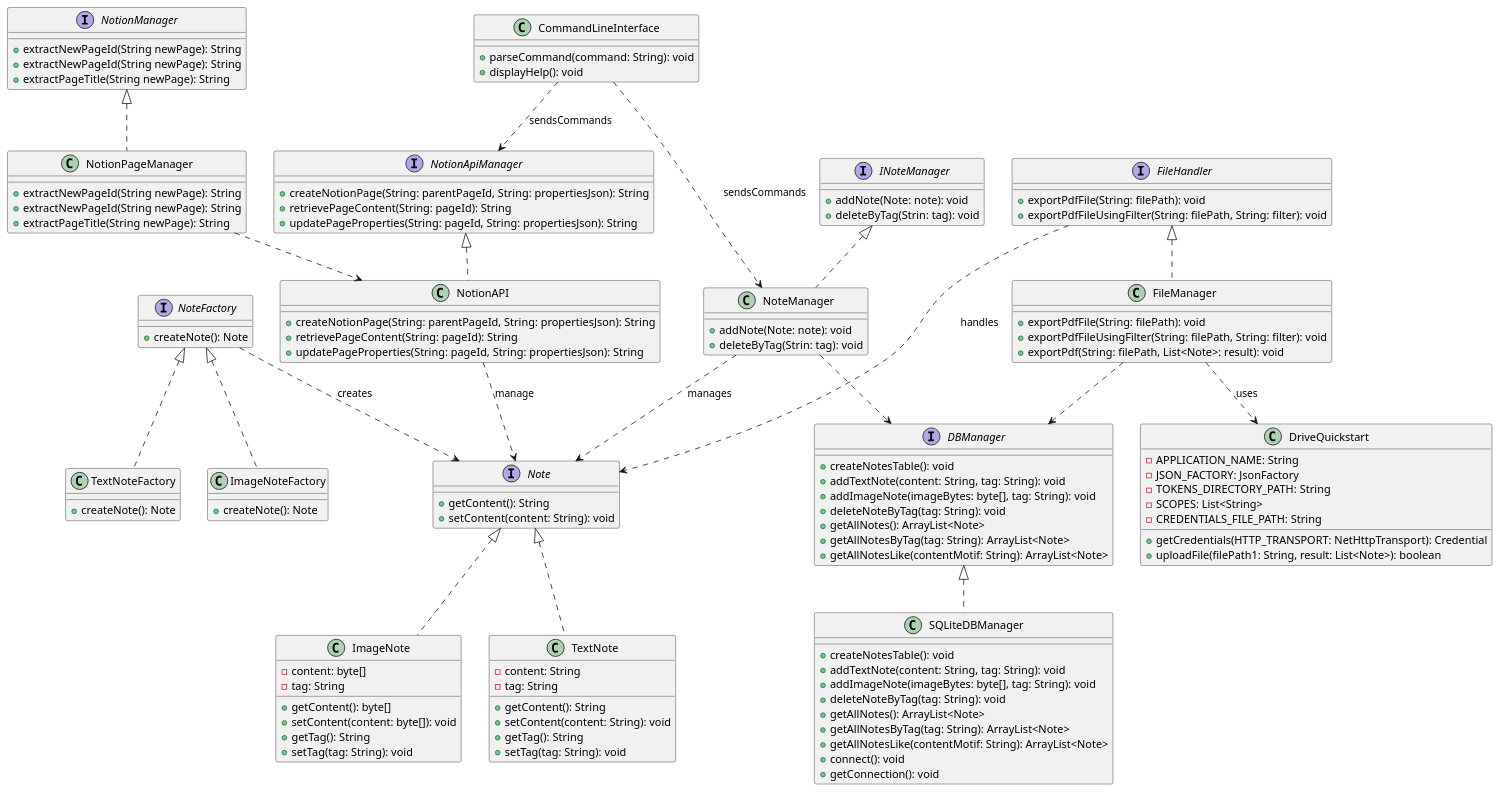
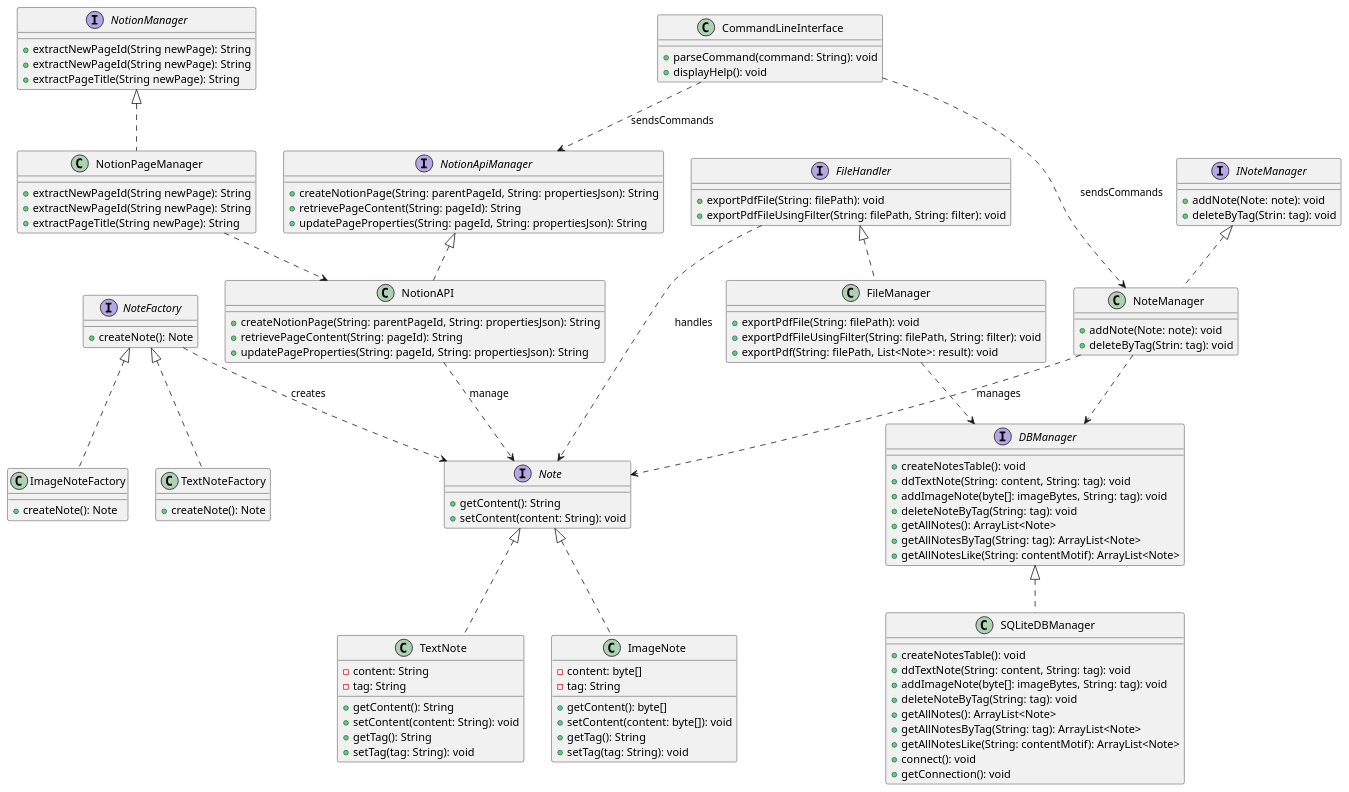
Before and after one commit to nejmas/SuperNotes_Nejma: the diagram in app/src/docs/asciidoc/models/model.puml, drawn with PlantUML.

```diff
--- a/app/src/docs/asciidoc/models/model.puml
+++ b/app/src/docs/asciidoc/models/model.puml
@@ -1,138 +1,130 @@
 @startuml
 interface Note {
     +getContent(): String
     +setContent(content: String): void
 }
 
 class TextNote {
     -content: String
     -tag: String
     +getContent(): String
     +setContent(content: String): void
     +getTag(): String
     +setTag(tag: String): void
 }
 
 class ImageNote {
     -content: byte[]
     -tag: String
     +getContent(): byte[]
     +setContent(content: byte[]): void
     +getTag(): String
     +setTag(tag: String): void
 }
 
 interface NoteFactory {
     +createNote(): Note
 }
 
 class TextNoteFactory {
     +createNote(): Note
 }
 
 class ImageNoteFactory {
     +createNote(): Note
 }
 
 interface INoteManager {
     +addNote(Note: note): void
     +deleteByTag(Strin: tag): void
 }
 
 class NoteManager implements INoteManager {
     +addNote(Note: note): void
     +deleteByTag(Strin: tag): void
 }
 
+
 interface FileHandler {
     +exportPdfFile(String: filePath): void 
     +exportPdfFileUsingFilter(String: filePath, String: filter): void
+
 }
 
 class FileManager implements FileHandler {
     +exportPdfFile(String: filePath): void 
     +exportPdfFileUsingFilter(String: filePath, String: filter): void
     +exportPdf(String: filePath, List<Note>: result): void
+
 }
 
-class DriveQuickstart {
-  -APPLICATION_NAME: String
-  -JSON_FACTORY: JsonFactory
-  -TOKENS_DIRECTORY_PATH: String
-  -SCOPES: List<String>
-  -CREDENTIALS_FILE_PATH: String
-  +getCredentials(HTTP_TRANSPORT: NetHttpTransport): Credential
-  +uploadFile(filePath1: String, result: List<Note>): boolean
-}
 
 class CommandLineInterface {
     +parseCommand(command: String): void
     +displayHelp(): void
 }
 
-interface DBManager {
+interface DBManager{
     +createNotesTable(): void
-    +addTextNote(content: String, tag: String): void
-    +addImageNote(imageBytes: byte[], tag: String): void
-    +deleteNoteByTag(tag: String): void
+    +ddTextNote(String: content, String: tag): void
+    +addImageNote(byte[]: imageBytes, String: tag): void
+    +deleteNoteByTag(String: tag): void
     +getAllNotes(): ArrayList<Note> 
-    +getAllNotesByTag(tag: String): ArrayList<Note> 
-    +getAllNotesLike(contentMotif: String): ArrayList<Note> 
+    +getAllNotesByTag(String: tag): ArrayList<Note> 
+    +getAllNotesLike(String: contentMotif): ArrayList<Note> 
 }
 
 class SQLiteDBManager implements DBManager {
     +createNotesTable(): void
-    +addTextNote(content: String, tag: String): void
-    +addImageNote(imageBytes: byte[], tag: String): void
-    +deleteNoteByTag(tag: String): void
+    +ddTextNote(String: content, String: tag): void
+    +addImageNote(byte[]: imageBytes, String: tag): void
+    +deleteNoteByTag(String: tag): void
     +getAllNotes(): ArrayList<Note>
-    +getAllNotesByTag(tag: String): ArrayList<Note>
-    +getAllNotesLike(contentMotif: String): ArrayList<Note>
+    +getAllNotesByTag(String: tag): ArrayList<Note>
+    +getAllNotesLike(String: contentMotif): ArrayList<Note>
     +connect(): void
     +getConnection(): void
-}
+    }
 
 interface NotionApiManager{
     +createNotionPage(String: parentPageId, String: propertiesJson): String
     +retrievePageContent(String: pageId): String
     +updatePageProperties(String: pageId, String: propertiesJson): String
     }
 
 class NotionAPI implements NotionApiManager{
     +createNotionPage(String: parentPageId, String: propertiesJson): String
     +retrievePageContent(String: pageId): String
     +updatePageProperties(String: pageId, String: propertiesJson): String
     }
 
 interface NotionManager{
     +extractNewPageId(String newPage): String
     +extractNewPageId(String newPage): String
     +extractPageTitle(String newPage): String
 }
 
 class NotionPageManager implements NotionManager{
     +extractNewPageId(String newPage): String
     +extractNewPageId(String newPage): String
     +extractPageTitle(String newPage): String
     }  
 
 Note <|.. TextNote
 Note <|.. ImageNote
 
 NoteFactory <|.. TextNoteFactory
 NoteFactory <|.. ImageNoteFactory
 FileManager ..> DBManager
 NoteManager ..> DBManager
 
 NoteFactory ..> Note : creates
 NoteManager ..> Note : manages
 FileHandler ..> Note : handles
 NotionAPI ..> Note : manage
 NotionPageManager ..> NotionAPI
 
+
 CommandLineInterface ..> NoteManager : sendsCommands
 CommandLineInterface ..> NotionApiManager : sendsCommands
-
-FileManager ..> DriveQuickstart: uses
-
 @enduml
```
